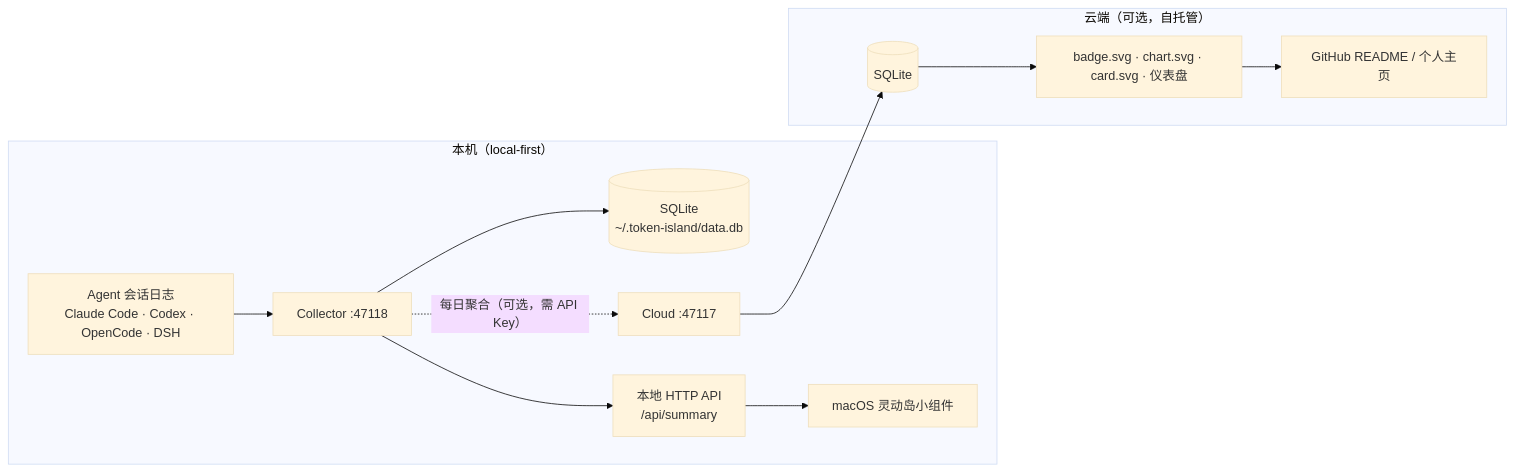
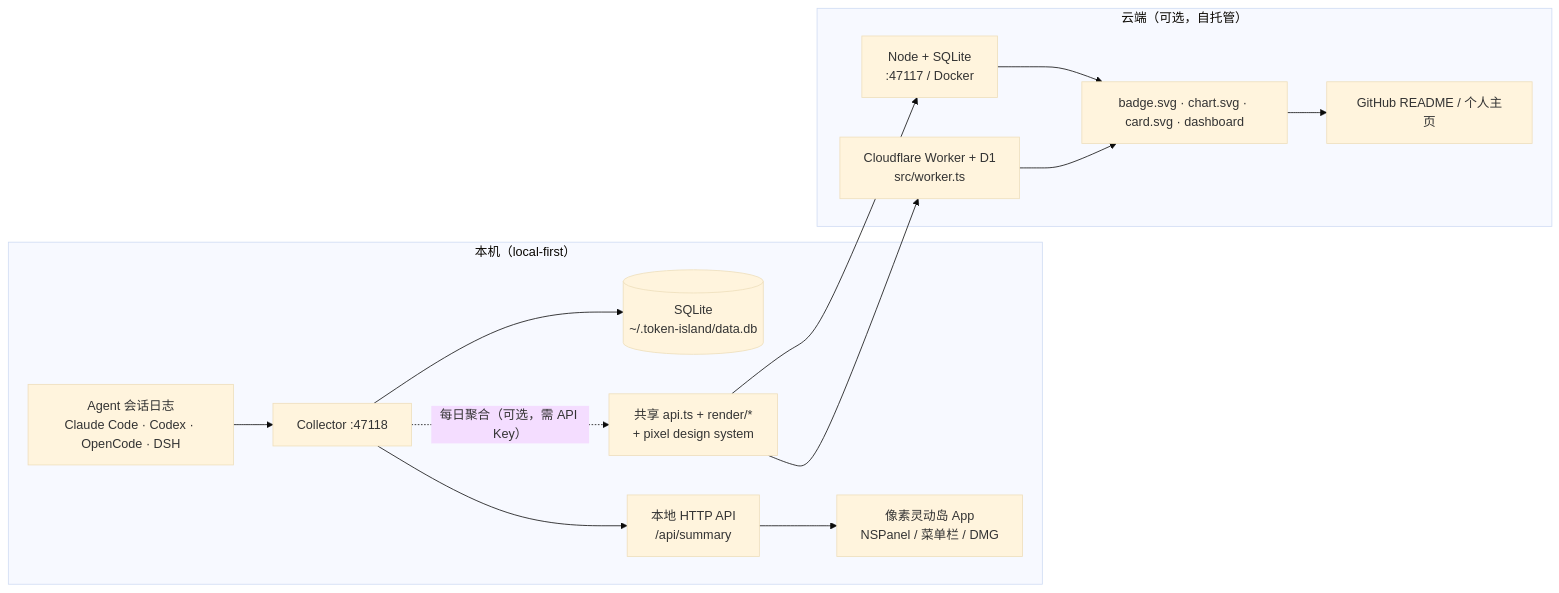
The diagram in README.md (Leonezz/token-island), drawn with Mermaid (base theme) before and after one commit. The commit also changed other lines of this file and 37 other files, not shown here.

````diff
--- a/README.md
+++ b/README.md
@@ -94,15 +102,18 @@
 ```mermaid
 flowchart LR
   subgraph Local["本机（local-first）"]
     A["Agent 会话日志<br/>Claude Code · Codex · OpenCode · DSH"] --> B["Collector :47118"]
     B --> C[("SQLite<br/>~/.token-island/data.db")]
     B --> D["本地 HTTP API<br/>/api/summary"]
-    D --> E["macOS 灵动岛小组件"]
+    D --> E["像素灵动岛 App<br/>NSPanel / 菜单栏 / DMG"]
     B -. "每日聚合（可选，需 API Key）" .-> F
   end
   subgraph Cloud["云端（可选，自托管）"]
-    F["Cloud :47117"] --> G[("SQLite")]
-    G --> H["badge.svg · chart.svg · card.svg · 仪表盘"]
-    H --> I["GitHub README / 个人主页"]
+    F["共享 api.ts + render/*<br/>+ pixel design system"]
+    F --> G["Node + SQLite<br/>:47117 / Docker"]
+    F --> H["Cloudflare Worker + D1<br/>src/worker.ts"]
+    G --> I["badge.svg · chart.svg · card.svg · dashboard"]
+    H --> I
+    I --> J["GitHub README / 个人主页"]
   end
 ```
````
